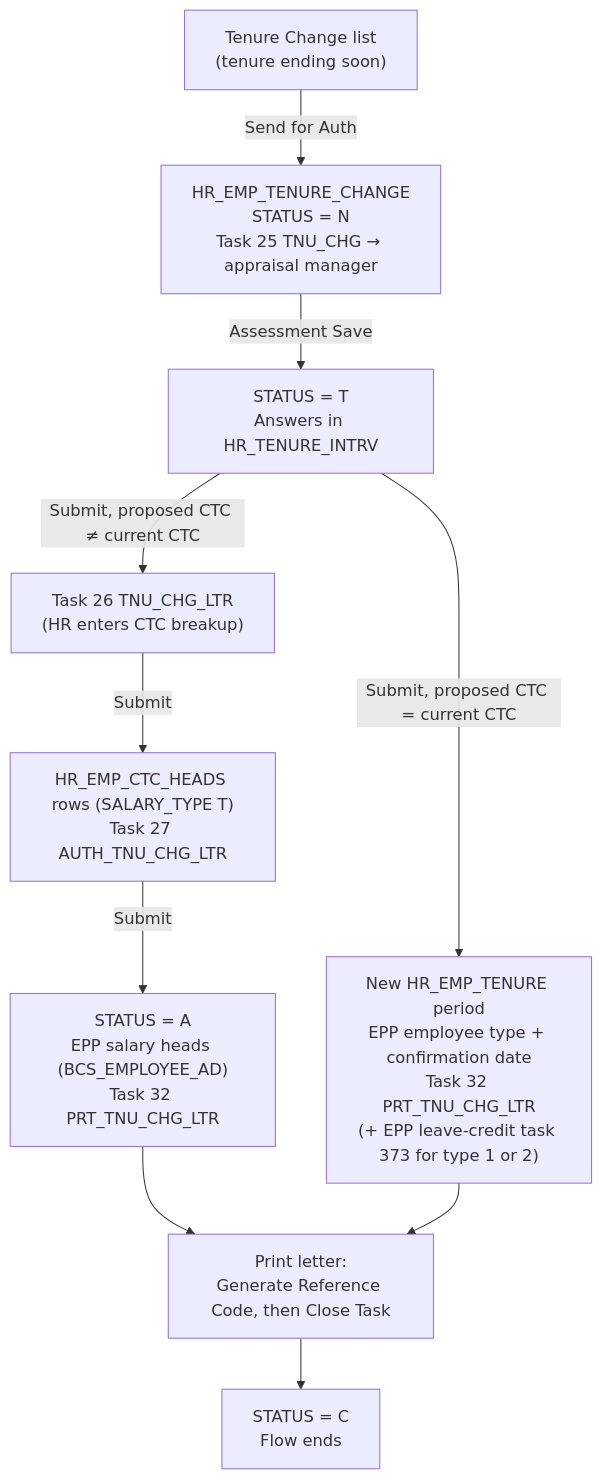
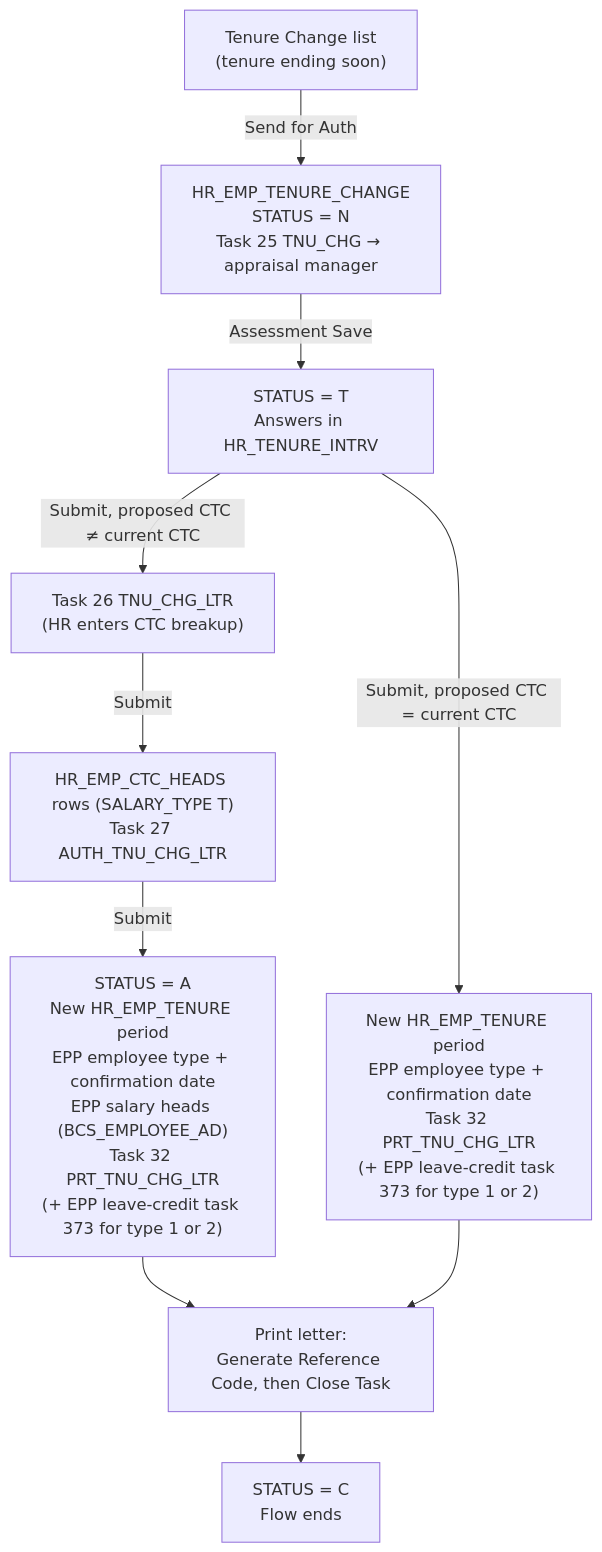
The diagram in docs/hrms/tenure-change-workflow.md (SDLHODDR/SDLHUB), drawn with Mermaid before and after one commit. The commit also changed other lines of this file, not shown here.

````diff
--- a/docs/hrms/tenure-change-workflow.md
+++ b/docs/hrms/tenure-change-workflow.md
@@ -9,12 +9,12 @@
 ```mermaid
 flowchart TD
     L["Tenure Change list<br/>(tenure ending soon)"] -->|Send for Auth| N["HR_EMP_TENURE_CHANGE<br/>STATUS = N<br/>Task 25 TNU_CHG → appraisal manager"]
     N -->|Assessment Save| T["STATUS = T<br/>Answers in HR_TENURE_INTRV"]
     T -->|"Submit, proposed CTC ≠ current CTC"| C26["Task 26 TNU_CHG_LTR<br/>(HR enters CTC breakup)"]
     T -->|"Submit, proposed CTC = current CTC"| NOCHG["New HR_EMP_TENURE period<br/>EPP employee type + confirmation date<br/>Task 32 PRT_TNU_CHG_LTR<br/>(+ EPP leave-credit task 373 for type 1 or 2)"]
     C26 -->|Submit| C27["HR_EMP_CTC_HEADS rows (SALARY_TYPE T)<br/>Task 27 AUTH_TNU_CHG_LTR"]
-    C27 -->|Submit| A["STATUS = A<br/>EPP salary heads (BCS_EMPLOYEE_AD)<br/>Task 32 PRT_TNU_CHG_LTR"]
+    C27 -->|Submit| A["STATUS = A<br/>New HR_EMP_TENURE period<br/>EPP employee type + confirmation date<br/>EPP salary heads (BCS_EMPLOYEE_AD)<br/>Task 32 PRT_TNU_CHG_LTR<br/>(+ EPP leave-credit task 373 for type 1 or 2)"]
     A --> P["Print letter:<br/>Generate Reference Code, then Close Task"]
     NOCHG --> P
     P --> CL["STATUS = C<br/>Flow ends"]
 ```
````
